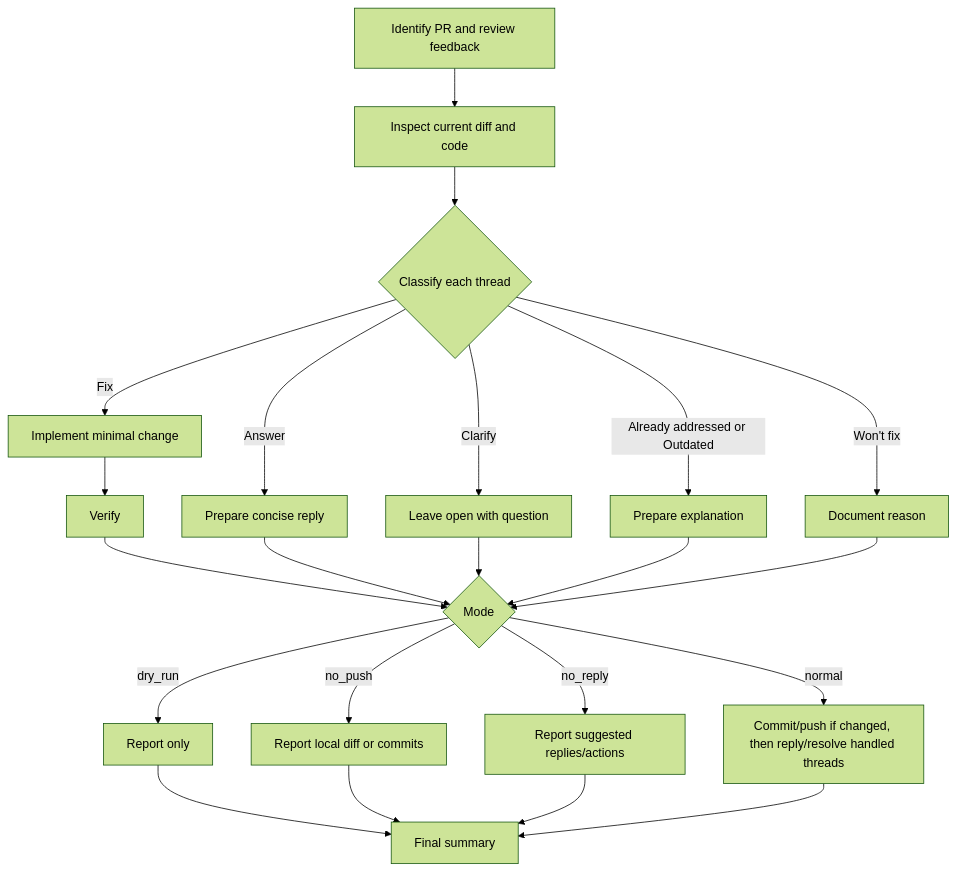
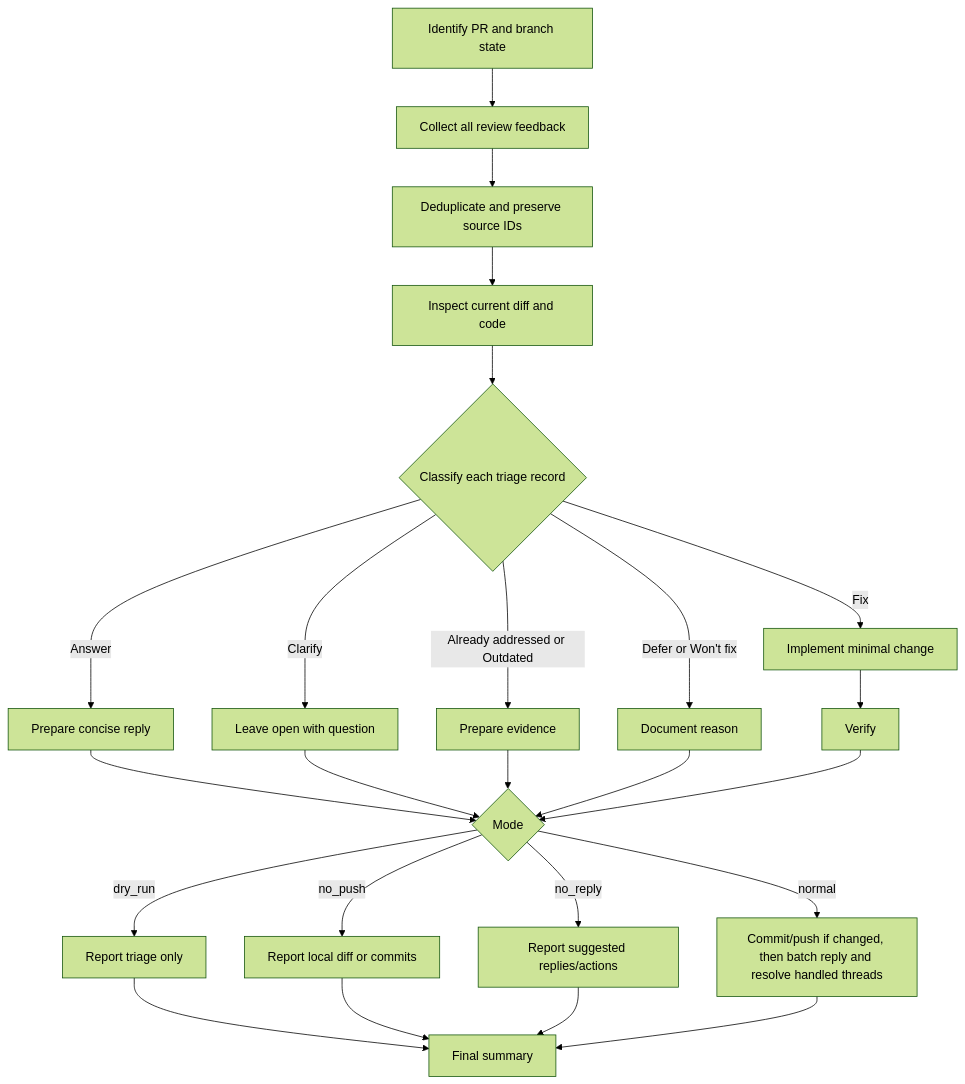
One commit to dceoy/ai-coding-agent-skills changed the diagram in skills/pr-feedback-triage/SKILL.md. Above: the diagram before and after it, drawn with Mermaid (forest theme). The commit also changed other lines of this file, not shown here.

Commit message:
Improve PR feedback triage skill

````diff
--- a/skills/pr-feedback-triage/SKILL.md
+++ b/skills/pr-feedback-triage/SKILL.md
@@ -45,24 +75,26 @@
 ```mermaid
 flowchart TD
-  A[Identify PR and review feedback] --> B[Inspect current diff and code]
-  B --> C{Classify each thread}
-  C -->|Fix| D[Implement minimal change]
-  C -->|Answer| E[Prepare concise reply]
-  C -->|Clarify| F[Leave open with question]
-  C -->|Already addressed or Outdated| G[Prepare explanation]
-  C -->|Won't fix| H[Document reason]
-  D --> I[Verify]
-  I --> J{Mode}
-  E --> J
-  F --> J
-  G --> J
-  H --> J
-  J -->|dry_run| K[Report only]
-  J -->|no_push| L[Report local diff or commits]
-  J -->|no_reply| M[Report suggested replies/actions]
-  J -->|normal| N[Commit/push if changed, then reply/resolve handled threads]
-  K --> O[Final summary]
-  L --> O
-  M --> O
-  N --> O
+  A[Identify PR and branch state] --> B[Collect all review feedback]
+  B --> C[Deduplicate and preserve source IDs]
+  C --> D[Inspect current diff and code]
+  D --> E{Classify each triage record}
+  E -->|Fix| F[Implement minimal change]
+  E -->|Answer| G[Prepare concise reply]
+  E -->|Clarify| H[Leave open with question]
+  E -->|Already addressed or Outdated| I[Prepare evidence]
+  E -->|Defer or Won't fix| J[Document reason]
+  F --> K[Verify]
+  G --> L{Mode}
+  H --> L
+  I --> L
+  J --> L
+  K --> L
+  L -->|dry_run| M[Report triage only]
+  L -->|no_push| N[Report local diff or commits]
+  L -->|no_reply| O[Report suggested replies/actions]
+  L -->|normal| P[Commit/push if changed, then batch reply and resolve handled threads]
+  M --> Q[Final summary]
+  N --> Q
+  O --> Q
+  P --> Q
 ```
````
